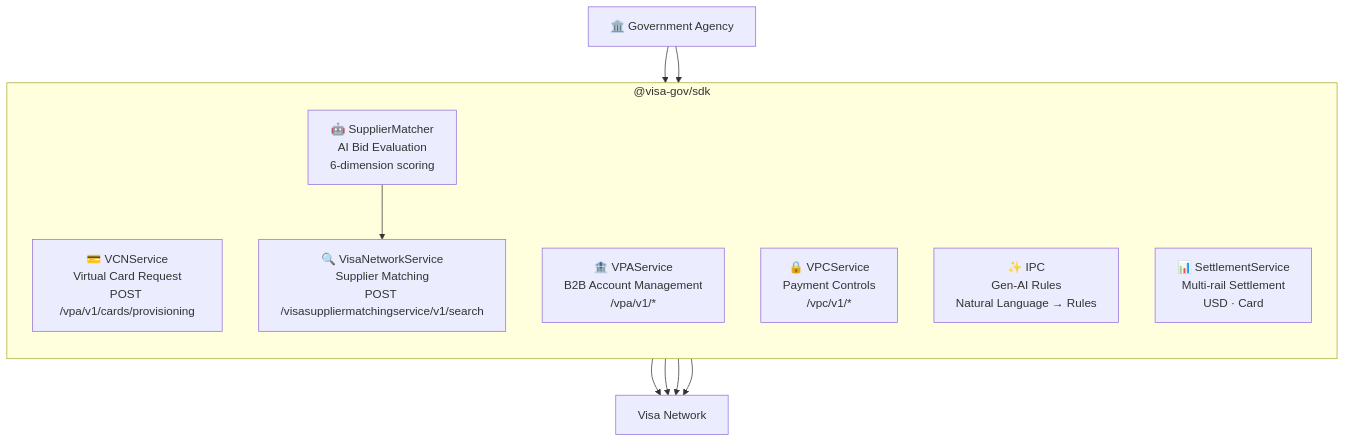
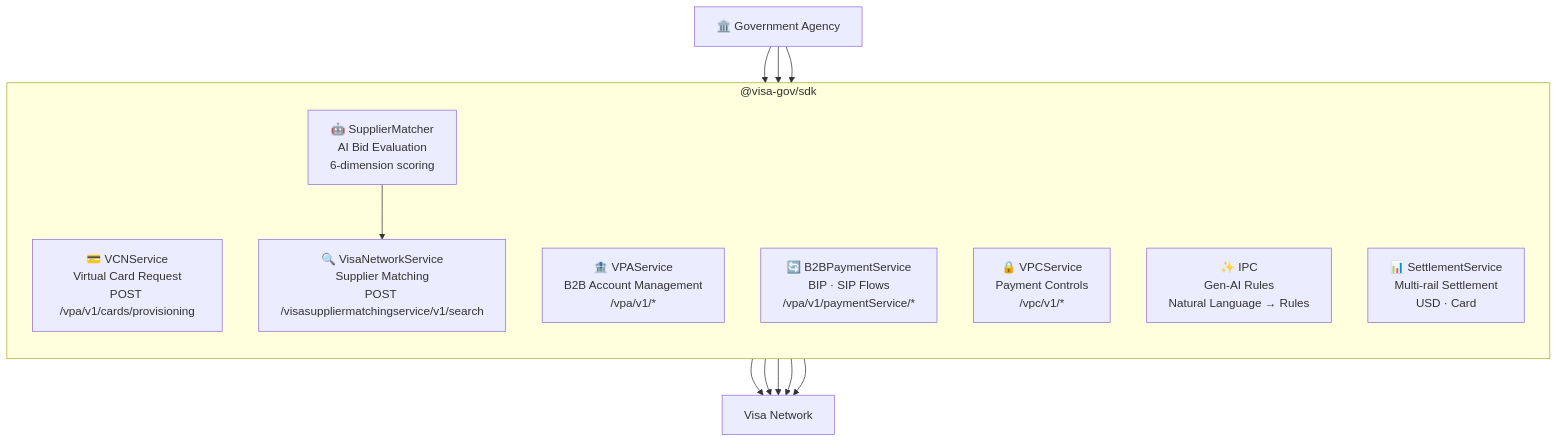
The first of 10 diagrams in README.md (ericomack1983/visa-gov-sdk), drawn with Mermaid before and after one commit. The commit also changed other lines of this file and 5 other files, not shown here.

First line of the commit message:
feat: implement BIP and SIP payment flows with live sandbox test and README docs

````diff
--- a/README.md
+++ b/README.md
@@ -38,21 +38,24 @@
 ```mermaid
 graph TB
     subgraph SDK["@visa-gov/sdk"]
         direction TB
         VCN["💳 VCNService\nVirtual Card Request\nPOST /vpa/v1/cards/provisioning"]
         VPA["🏦 VPAService\nB2B Account Management\n/vpa/v1/*"]
+        B2B["🔄 B2BPaymentService\nBIP · SIP Flows\n/vpa/v1/paymentService/*"]
         SMS["🔍 VisaNetworkService\nSupplier Matching\nPOST /visasuppliermatchingservice/v1/search"]
         AI["🤖 SupplierMatcher\nAI Bid Evaluation\n6-dimension scoring"]
         VPC["🔒 VPCService\nPayment Controls\n/vpc/v1/*"]
         IPC["✨ IPC\nGen-AI Rules\nNatural Language → Rules"]
         SET["📊 SettlementService\nMulti-rail Settlement\nUSD · Card"]
     end
 
     GOV["🏛️ Government Agency"] --> VCN
     GOV --> AI
+    GOV --> B2B
     VCN --> VISA["Visa Network"]
     SMS --> VISA
     VPC --> VISA
     VPA --> VISA
+    B2B --> VISA
     AI --> SMS
 ```
````
